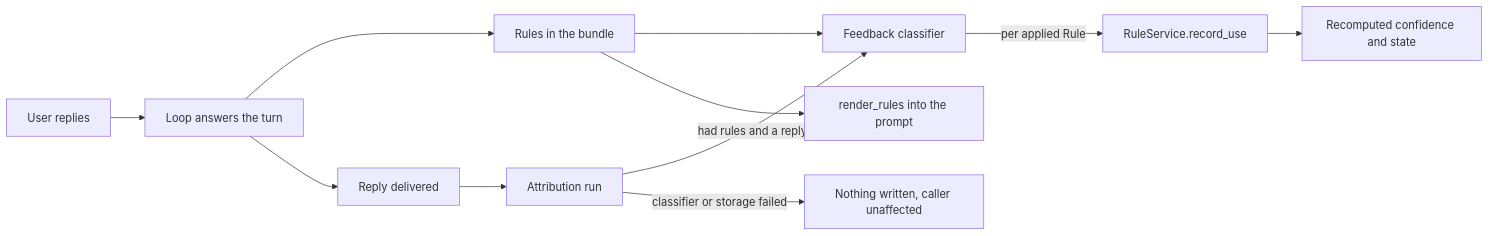
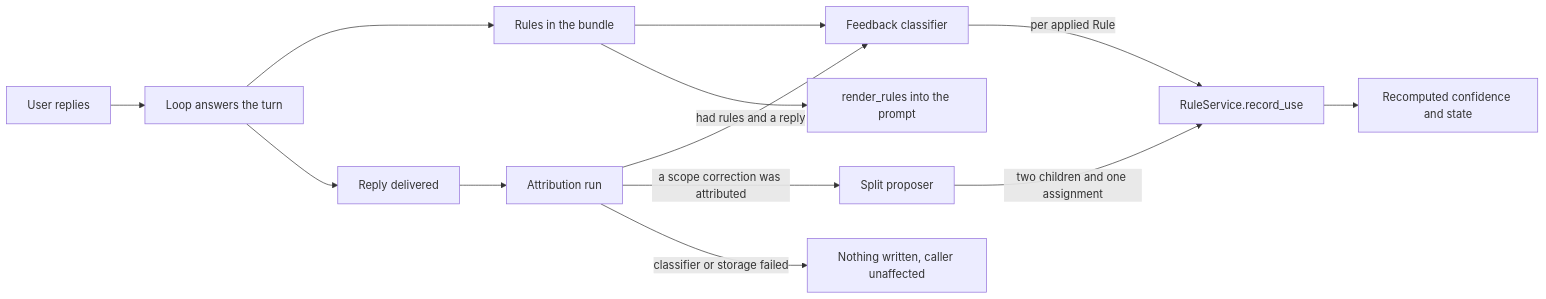
One commit to salvatorebottiglieri/botti-agent changed the first of 4 diagrams in docs/models/rule-system.md. Above: the diagram before and after it, drawn with Mermaid. The commit also changed other lines of this file and 2 other files, not shown here.

Commit message:
docs(rules): design, spec and model for the split path (#171)

````diff
--- a/docs/models/rule-system.md
+++ b/docs/models/rule-system.md
@@ -37,13 +38,15 @@
 ```mermaid
 flowchart LR
   User[User replies] --> Loop[Loop answers the turn]
   Loop --> Bundle[Rules in the bundle]
   Loop --> Reply[Reply delivered]
   Reply --> Run[Attribution run]
   Run -->|had rules and a reply| Classifier[Feedback classifier]
   Bundle --> Classifier
   Bundle --> Render[render_rules into the prompt]
   Classifier -->|per applied Rule| Service[RuleService.record_use]
+  Run -->|a scope correction was attributed| Split[Split proposer]
+  Split -->|two children and one assignment| Service
   Service --> Score[Recomputed confidence and state]
   Run -->|classifier or storage failed| Nothing[Nothing written, caller unaffected]
 ```
````
